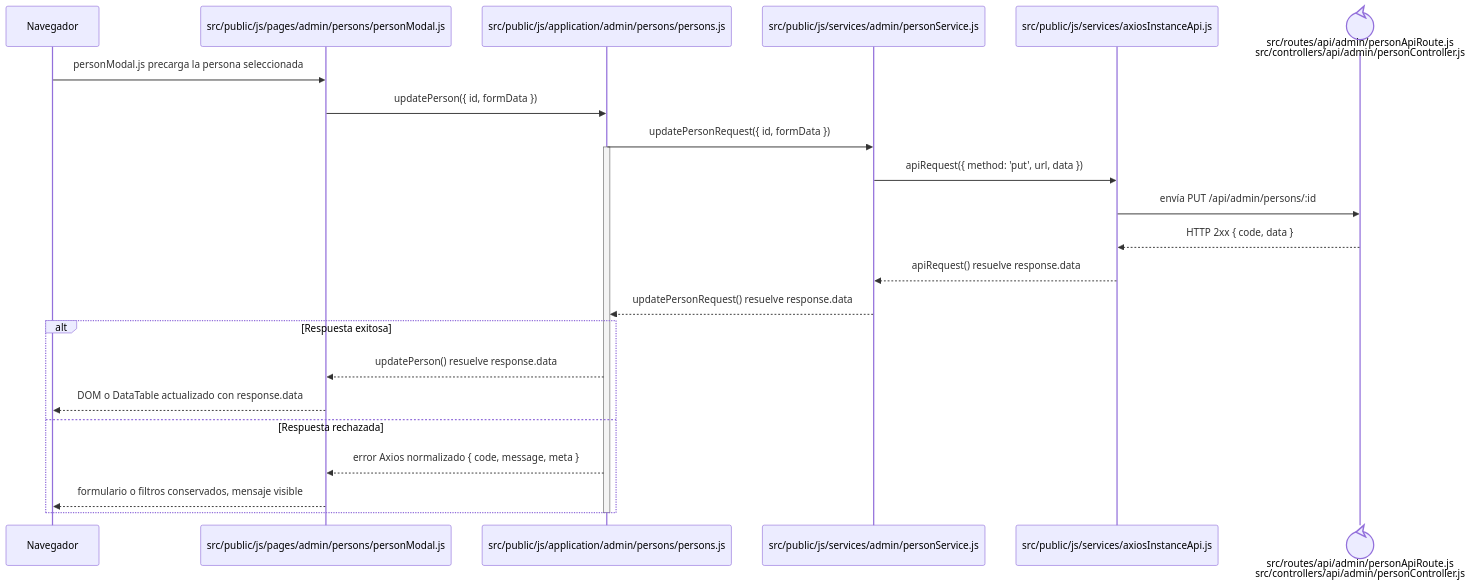
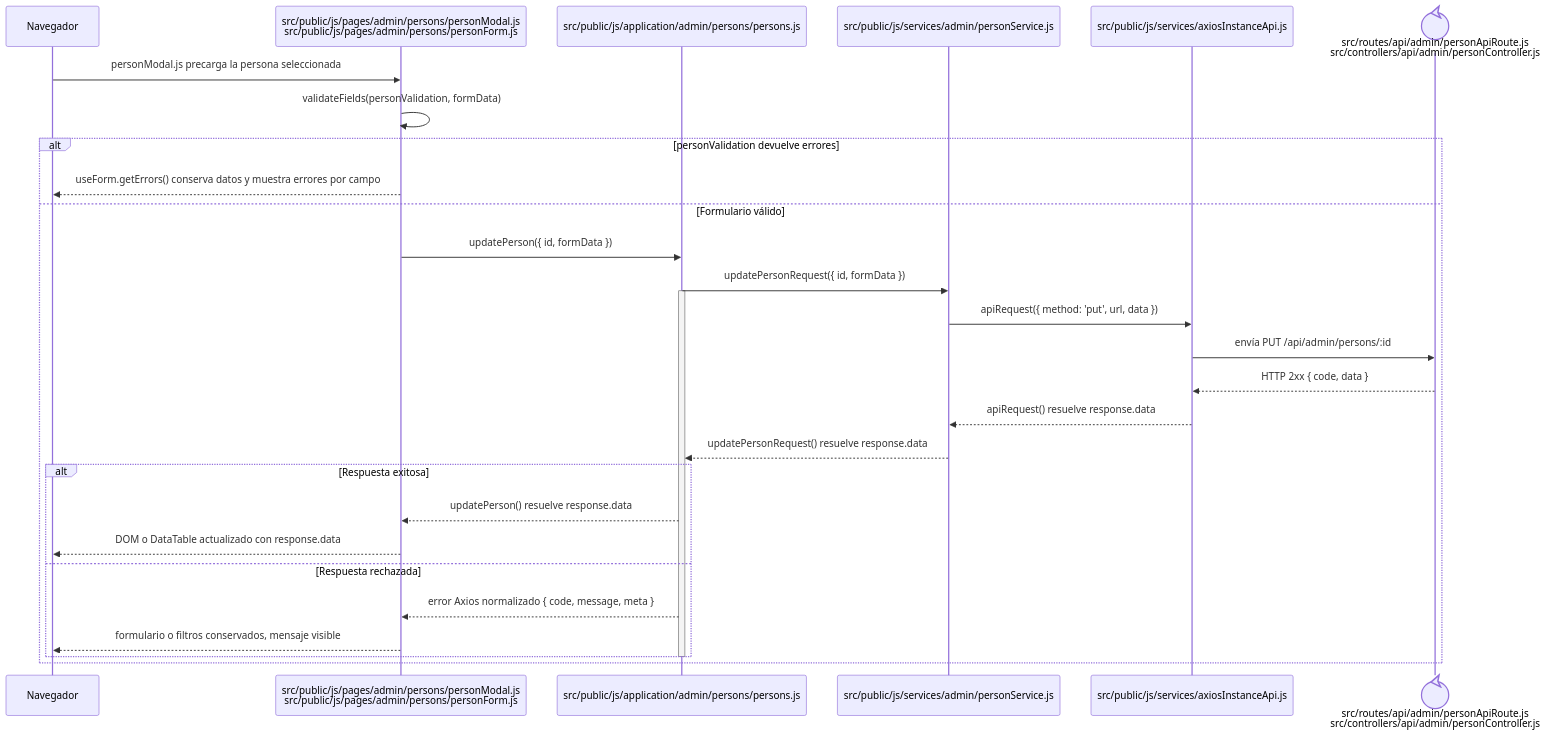
The diagram in docs/architecture/frontend-code-sequences/identity-access/cu-ida-03.md (gpgsistemas01/nexus), drawn with Mermaid before and after one commit. The commit also changed 102 other files, not shown here.

````diff
--- a/docs/architecture/frontend-code-sequences/identity-access/cu-ida-03.md
+++ b/docs/architecture/frontend-code-sequences/identity-access/cu-ida-03.md
@@ -6,27 +6,32 @@
 ```mermaid
 sequenceDiagram
     participant Browser as Navegador
-    participant View as src/public/js/pages/admin/persons/personModal.js
+    participant View as src/public/js/pages/admin/persons/personModal.js<br/>src/public/js/pages/admin/persons/personForm.js
     participant Application as src/public/js/application/admin/persons/persons.js
     participant Request as src/public/js/services/admin/personService.js
     participant HTTP as src/public/js/services/axiosInstanceApi.js
     participant Transport@{ "type": "control" } as src/routes/api/admin/personApiRoute.js<br/>src/controllers/api/admin/personController.js
 
     Browser->>View: personModal.js precarga la persona seleccionada
-    View->>Application: updatePerson({ id, formData })
-    Application->>Request: updatePersonRequest({ id, formData })
-    activate Application
-    Request->>HTTP: apiRequest({ method: 'put', url, data })
-    HTTP->>Transport: envía PUT /api/admin/persons/:id
-    Transport-->>HTTP: HTTP 2xx { code, data }
-    HTTP-->>Request: apiRequest() resuelve response.data
-    Request-->>Application: updatePersonRequest() resuelve response.data
-    alt Respuesta exitosa
-        Application-->>View: updatePerson() resuelve response.data
-        View-->>Browser: DOM o DataTable actualizado con response.data
-    else Respuesta rechazada
-        Application-->>View: error Axios normalizado { code, message, meta }
-        View-->>Browser: formulario o filtros conservados, mensaje visible
+    View->>View: validateFields(personValidation, formData)
+    alt personValidation devuelve errores
+        View-->>Browser: useForm.getErrors() conserva datos y muestra errores por campo
+    else Formulario válido
+        View->>Application: updatePerson({ id, formData })
+        Application->>Request: updatePersonRequest({ id, formData })
+        activate Application
+        Request->>HTTP: apiRequest({ method: 'put', url, data })
+        HTTP->>Transport: envía PUT /api/admin/persons/:id
+        Transport-->>HTTP: HTTP 2xx { code, data }
+        HTTP-->>Request: apiRequest() resuelve response.data
+        Request-->>Application: updatePersonRequest() resuelve response.data
+        alt Respuesta exitosa
+            Application-->>View: updatePerson() resuelve response.data
+            View-->>Browser: DOM o DataTable actualizado con response.data
+        else Respuesta rechazada
+            Application-->>View: error Axios normalizado { code, message, meta }
+            View-->>Browser: formulario o filtros conservados, mensaje visible
+        end
+        deactivate Application
     end
-    deactivate Application
 ```
````
